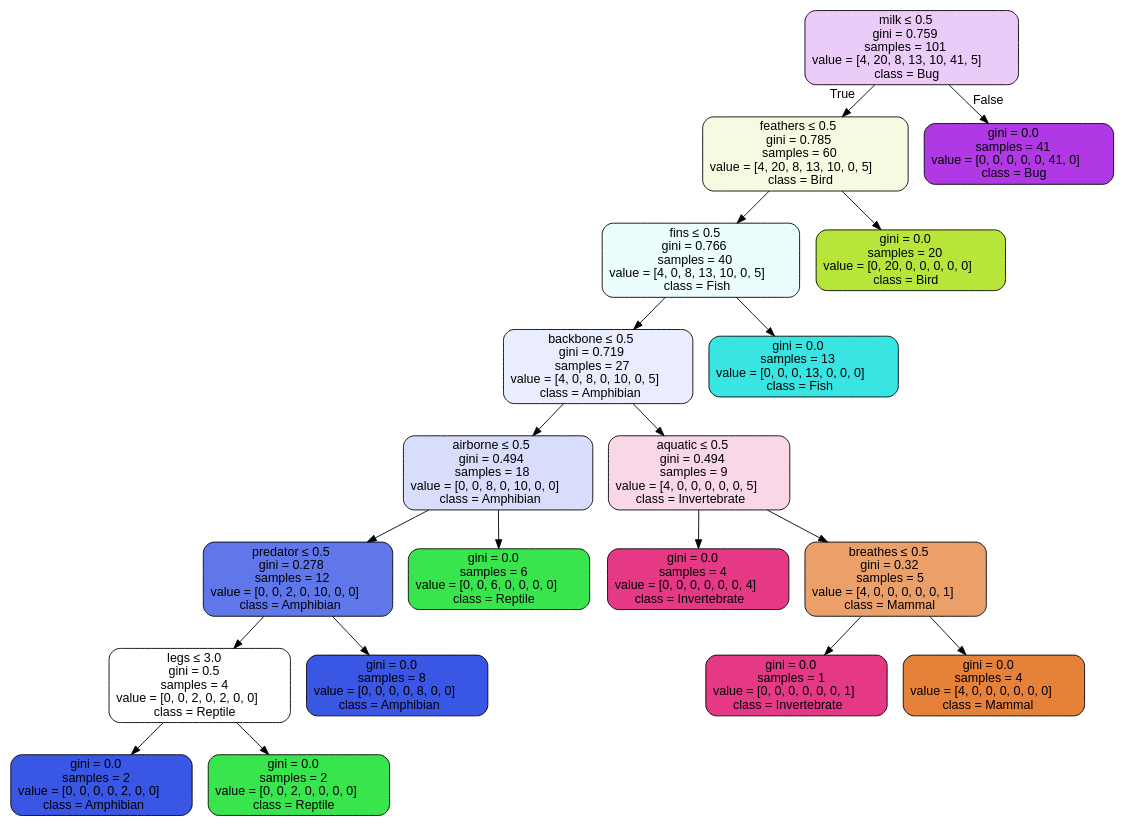
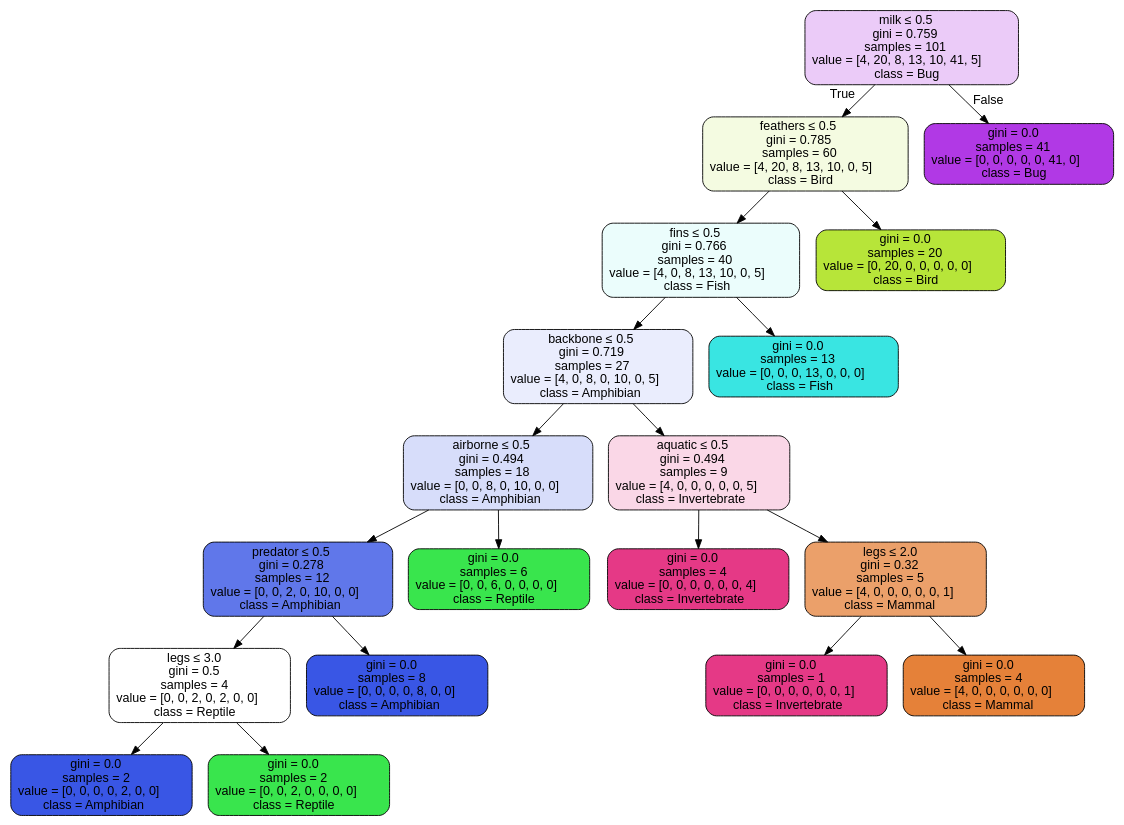
The diagram in zoo.dot (chiu/decision-tree-visualizer), drawn with Graphviz before and after one commit. The commit also changed 23 other files, not shown here.

```diff
--- a/zoo.dot
+++ b/zoo.dot
@@ -1,41 +1,41 @@
 digraph Tree {
 node [shape=box, style="filled, rounded", color="black", fontname=helvetica] ;
 edge [fontname=helvetica] ;
 0 [label=<milk &le; 0.5<br/>gini = 0.759<br/>samples = 101<br/>value = [4, 20, 8, 13, 10, 41, 5]<br/>class = Bug>, fillcolor="#b139e542"] ;
 1 [label=<feathers &le; 0.5<br/>gini = 0.785<br/>samples = 60<br/>value = [4, 20, 8, 13, 10, 0, 5]<br/>class = Bird>, fillcolor="#b7e53926"] ;
 0 -> 1 [labeldistance=2.5, labelangle=45, headlabel="True"] ;
 2 [label=<fins &le; 0.5<br/>gini = 0.766<br/>samples = 40<br/>value = [4, 0, 8, 13, 10, 0, 5]<br/>class = Fish>, fillcolor="#39e5e21a"] ;
 1 -> 2 ;
 3 [label=<backbone &le; 0.5<br/>gini = 0.719<br/>samples = 27<br/>value = [4, 0, 8, 0, 10, 0, 5]<br/>class = Amphibian>, fillcolor="#3956e51b"] ;
 2 -> 3 ;
 4 [label=<airborne &le; 0.5<br/>gini = 0.494<br/>samples = 18<br/>value = [0, 0, 8, 0, 10, 0, 0]<br/>class = Amphibian>, fillcolor="#3956e533"] ;
 3 -> 4 ;
 5 [label=<predator &le; 0.5<br/>gini = 0.278<br/>samples = 12<br/>value = [0, 0, 2, 0, 10, 0, 0]<br/>class = Amphibian>, fillcolor="#3956e5cc"] ;
 4 -> 5 ;
 6 [label=<legs &le; 3.0<br/>gini = 0.5<br/>samples = 4<br/>value = [0, 0, 2, 0, 2, 0, 0]<br/>class = Reptile>, fillcolor="#39e54d00"] ;
 5 -> 6 ;
 7 [label=<gini = 0.0<br/>samples = 2<br/>value = [0, 0, 0, 0, 2, 0, 0]<br/>class = Amphibian>, fillcolor="#3956e5ff"] ;
 6 -> 7 ;
 8 [label=<gini = 0.0<br/>samples = 2<br/>value = [0, 0, 2, 0, 0, 0, 0]<br/>class = Reptile>, fillcolor="#39e54dff"] ;
 6 -> 8 ;
 9 [label=<gini = 0.0<br/>samples = 8<br/>value = [0, 0, 0, 0, 8, 0, 0]<br/>class = Amphibian>, fillcolor="#3956e5ff"] ;
 5 -> 9 ;
 10 [label=<gini = 0.0<br/>samples = 6<br/>value = [0, 0, 6, 0, 0, 0, 0]<br/>class = Reptile>, fillcolor="#39e54dff"] ;
 4 -> 10 ;
 11 [label=<aquatic &le; 0.5<br/>gini = 0.494<br/>samples = 9<br/>value = [4, 0, 0, 0, 0, 0, 5]<br/>class = Invertebrate>, fillcolor="#e5398633"] ;
 3 -> 11 ;
 12 [label=<gini = 0.0<br/>samples = 4<br/>value = [0, 0, 0, 0, 0, 0, 4]<br/>class = Invertebrate>, fillcolor="#e53986ff"] ;
 11 -> 12 ;
-13 [label=<breathes &le; 0.5<br/>gini = 0.32<br/>samples = 5<br/>value = [4, 0, 0, 0, 0, 0, 1]<br/>class = Mammal>, fillcolor="#e58139bf"] ;
+13 [label=<legs &le; 2.0<br/>gini = 0.32<br/>samples = 5<br/>value = [4, 0, 0, 0, 0, 0, 1]<br/>class = Mammal>, fillcolor="#e58139bf"] ;
 11 -> 13 ;
 14 [label=<gini = 0.0<br/>samples = 1<br/>value = [0, 0, 0, 0, 0, 0, 1]<br/>class = Invertebrate>, fillcolor="#e53986ff"] ;
 13 -> 14 ;
 15 [label=<gini = 0.0<br/>samples = 4<br/>value = [4, 0, 0, 0, 0, 0, 0]<br/>class = Mammal>, fillcolor="#e58139ff"] ;
 13 -> 15 ;
 16 [label=<gini = 0.0<br/>samples = 13<br/>value = [0, 0, 0, 13, 0, 0, 0]<br/>class = Fish>, fillcolor="#39e5e2ff"] ;
 2 -> 16 ;
 17 [label=<gini = 0.0<br/>samples = 20<br/>value = [0, 20, 0, 0, 0, 0, 0]<br/>class = Bird>, fillcolor="#b7e539ff"] ;
 1 -> 17 ;
 18 [label=<gini = 0.0<br/>samples = 41<br/>value = [0, 0, 0, 0, 0, 41, 0]<br/>class = Bug>, fillcolor="#b139e5ff"] ;
 0 -> 18 [labeldistance=2.5, labelangle=-45, headlabel="False"] ;
 }
```
